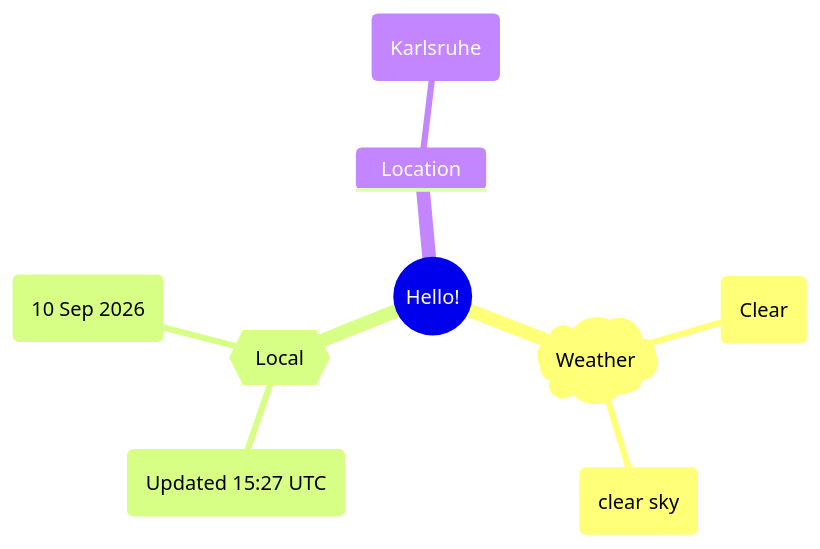
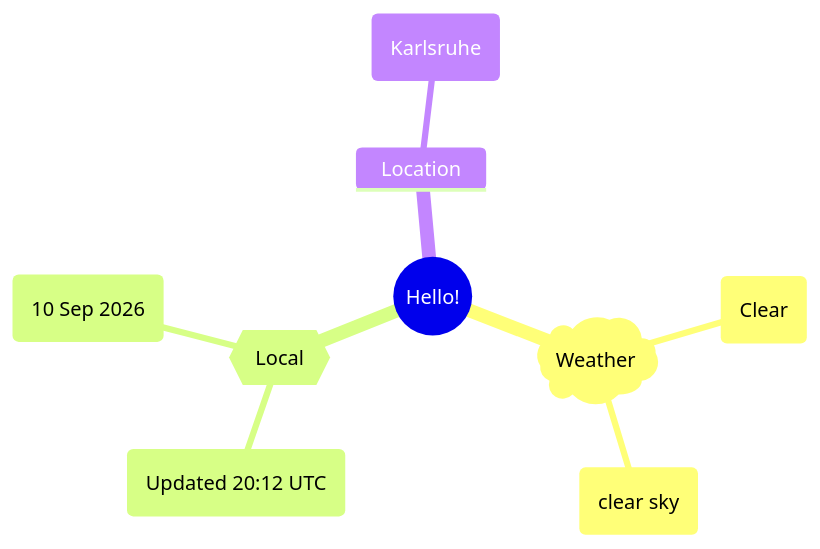
The first of 2 diagrams in README.md (Xosrov/Xosrov), drawn with Mermaid before and after one commit.

Commit message:
[bot] updated images

````diff
--- a/README.md
+++ b/README.md
@@ -3,12 +3,12 @@
 ```mermaid
 mindmap
   root((Hello!))
     )Weather(
         (Clear)
         (clear sky)
     {{Local}}
-        (Updated 15:27 UTC)
+        (Updated 20:12 UTC)
         (10 Sep 2026)
     Location
         (Karlsruhe)
 ```
````
